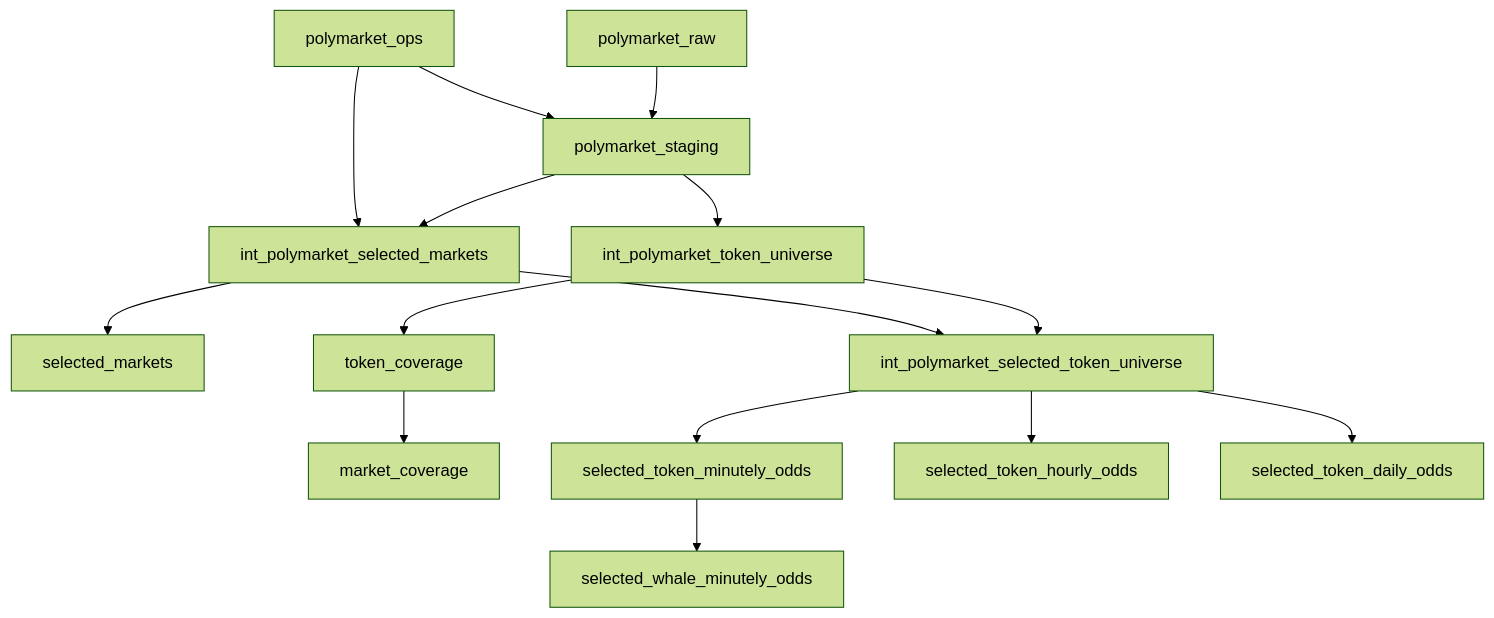
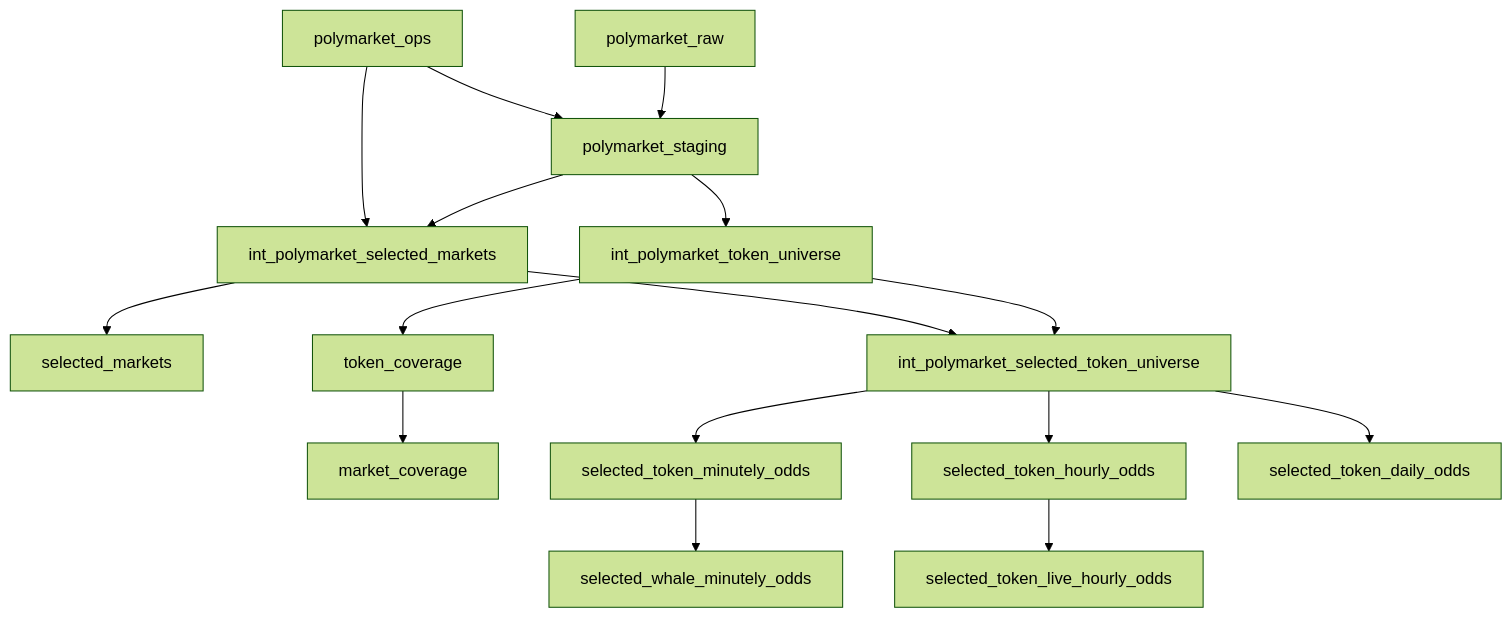
One commit to hypertrial/oddsfox-pipeline changed the second of 2 diagrams in docs/architecture.md. Above: the diagram before and after it, drawn with Mermaid (forest theme). The commit also changed other lines of this file and 14 other files, not shown here.

Commit message:
Add live hourly odds export for graph builds

````diff
--- a/docs/architecture.md
+++ b/docs/architecture.md
@@ -45,17 +45,18 @@
 ```mermaid
 flowchart TD
     raw["polymarket_raw"] --> staging["polymarket_staging"]
     ops["polymarket_ops"] --> staging
     staging --> token_universe["int_polymarket_token_universe"]
     staging --> selected_markets_int["int_polymarket_selected_markets"]
     ops --> selected_markets_int
     selected_markets_int --> selected_markets["selected_markets"]
     token_universe --> selected_tokens["int_polymarket_selected_token_universe"]
     selected_markets_int --> selected_tokens
     token_universe --> coverage["token_coverage"]
     coverage --> market_coverage["market_coverage"]
     selected_tokens --> minutely["selected_token_minutely_odds"]
     selected_tokens --> hourly["selected_token_hourly_odds"]
+    hourly --> live_hourly["selected_token_live_hourly_odds"]
     selected_tokens --> daily["selected_token_daily_odds"]
     minutely --> whale["selected_whale_minutely_odds"]
 ```
````
